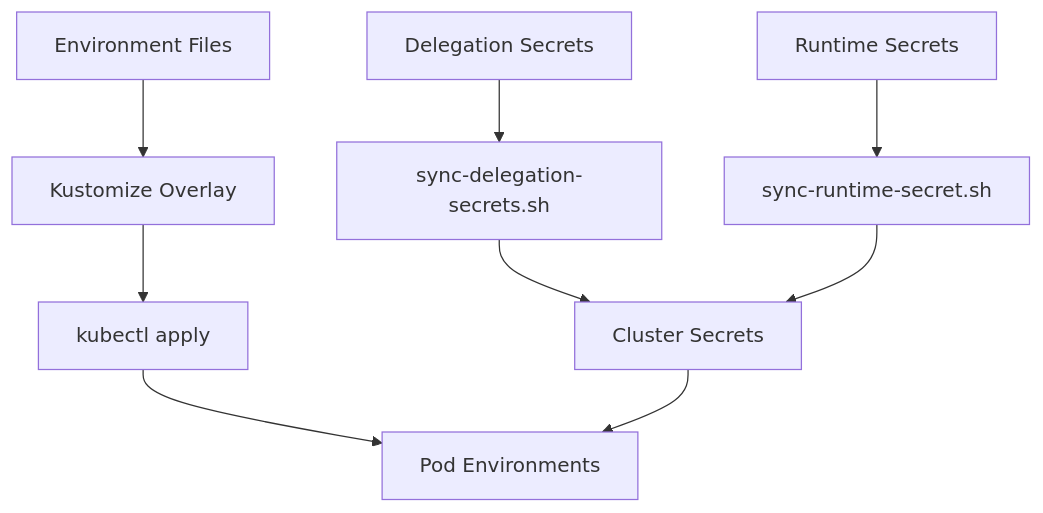
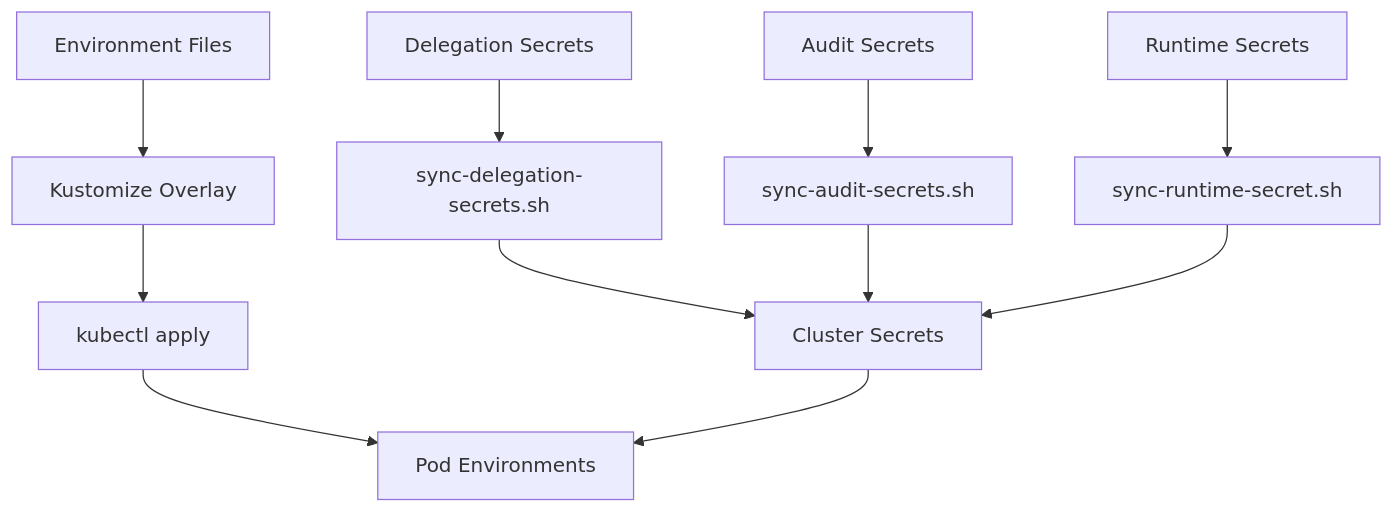
One commit to metasync/luban-aiops changed the fifth of 9 diagrams in .qoder/repowiki/en/content/Deployment and Operations/Deployment and Operations.md. Above: the diagram before and after it, drawn with Mermaid. The commit also changed other lines of this file and 48 other files, not shown here.

````diff
--- a/.qoder/repowiki/en/content/Deployment and Operations/Deployment and Operations.md
+++ b/.qoder/repowiki/en/content/Deployment and Operations/Deployment and Operations.md
@@ -307,11 +344,13 @@
 ```mermaid
 flowchart TD
 EnvFiles["Environment Files"] --> Overlay["Kustomize Overlay"]
 Secrets["Runtime Secrets"] --> SecretSync["sync-runtime-secret.sh"]
 DelegationSecrets["Delegation Secrets"] --> DelegationSync["sync-delegation-secrets.sh"]
+AuditSecrets["Audit Secrets"] --> AuditSync["sync-audit-secrets.sh"]
 DelegationSync --> K8sSecrets["Cluster Secrets"]
+AuditSync --> K8sSecrets
 SecretSync --> K8sSecrets
 Overlay --> K8sApply["kubectl apply"]
 K8sApply --> Pods["Pod Environments"]
 K8sSecrets --> Pods
 ```
````
